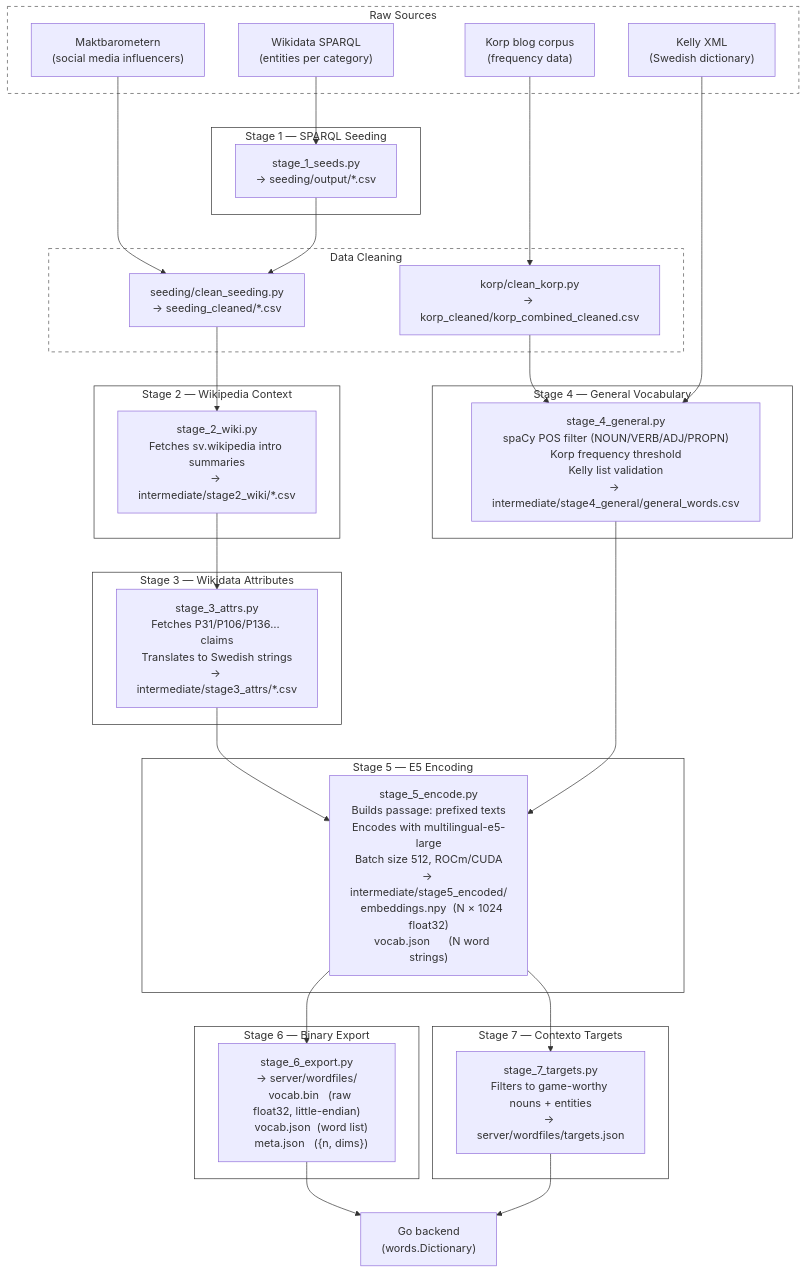
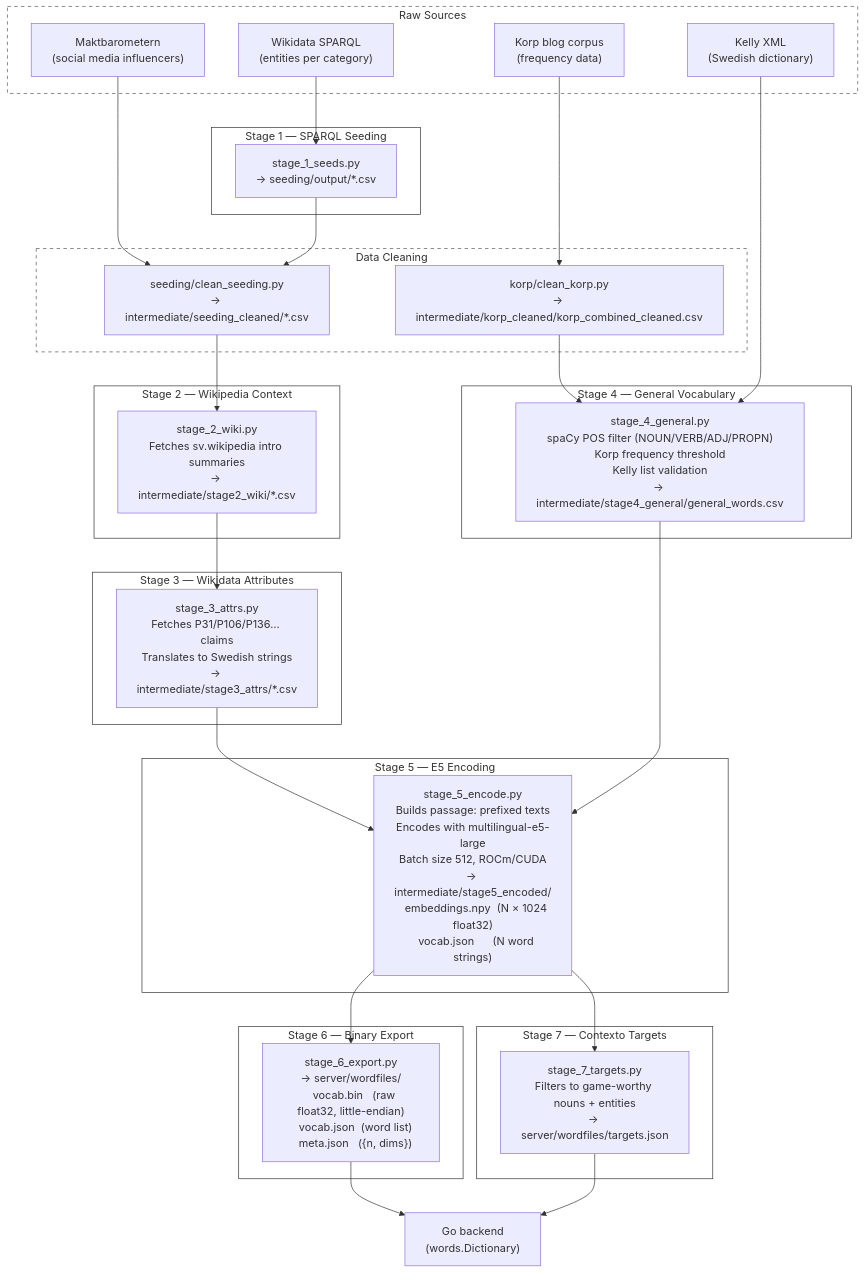
One commit to Skill-issue-coding/WordGame---TDDD27-Project changed the diagram in preprocessing/README.md. Above: the diagram before and after it, drawn with Mermaid. The commit also changed other lines of this file and 11 other files, not shown here.

````diff
--- a/preprocessing/README.md
+++ b/preprocessing/README.md
@@ -73,67 +73,67 @@
 ```mermaid
 flowchart TD
     subgraph RAW [Raw Sources]
         KORP["Korp blog corpus\n(frequency data)"]
         KELLY["Kelly XML\n(Swedish dictionary)"]
         SPARQL["Wikidata SPARQL\n(entities per category)"]
         MAKT["Maktbarometern\n(social media influencers)"]
     end
 
     subgraph CLEAN [Data Cleaning]
-        CK["korp/clean_korp.py\n→ korp_cleaned/korp_combined_cleaned.csv"]
-        CS["seeding/clean_seeding.py\n→ seeding_cleaned/*.csv"]
+        CK["korp/clean_korp.py\n→ intermediate/korp_cleaned/korp_combined_cleaned.csv"]
+        CS["seeding/clean_seeding.py\n→ intermediate/seeding_cleaned/*.csv"]
     end
 
     subgraph STAGE1 [Stage 1 — SPARQL Seeding]
         S1["stage_1_seeds.py\n→ seeding/output/*.csv"]
     end
 
     subgraph STAGE2 [Stage 2 — Wikipedia Context]
         S2["stage_2_wiki.py\nFetches sv.wikipedia intro summaries\n→ intermediate/stage2_wiki/*.csv"]
     end
 
     subgraph STAGE3 [Stage 3 — Wikidata Attributes]
         S3["stage_3_attrs.py\nFetches P31/P106/P136… claims\nTranslates to Swedish strings\n→ intermediate/stage3_attrs/*.csv"]
     end
 
     subgraph STAGE4 [Stage 4 — General Vocabulary]
         S4["stage_4_general.py\nspaCy POS filter (NOUN/VERB/ADJ/PROPN)\nKorp frequency threshold\nKelly list validation\n→ intermediate/stage4_general/general_words.csv"]
     end
 
     subgraph STAGE5 [Stage 5 — E5 Encoding]
         S5["stage_5_encode.py\nBuilds passage: prefixed texts\nEncodes with multilingual-e5-large\nBatch size 512, ROCm/CUDA\n→ intermediate/stage5_encoded/\n   embeddings.npy  (N × 1024 float32)\n   vocab.json      (N word strings)"]
     end
 
     subgraph STAGE6 [Stage 6 — Binary Export]
         S6["stage_6_export.py\n→ server/wordfiles/\n   vocab.bin   (raw float32, little-endian)\n   vocab.json  (word list)\n   meta.json   ({n, dims})"]
     end
 
     subgraph STAGE7 [Stage 7 — Contexto Targets]
         S7["stage_7_targets.py\nFilters to game-worthy nouns + entities\n→ server/wordfiles/targets.json"]
     end
 
     KORP --> CK
     SPARQL --> S1
     MAKT --> CS
     S1 --> CS
     CS --> S2
     CK --> S4
     KELLY --> S4
     S2 --> S3
     S3 --> S5
     S4 --> S5
     S5 --> S6
     S5 --> S7
     S6 --> GO["Go backend\n(words.Dictionary)"]
     S7 --> GO
 
     style RAW fill:transparent,stroke:#555,stroke-dasharray:5 5
     style CLEAN fill:transparent,stroke:#555,stroke-dasharray:5 5
     style STAGE1 fill:transparent,stroke:#333
     style STAGE2 fill:transparent,stroke:#333
     style STAGE3 fill:transparent,stroke:#333
     style STAGE4 fill:transparent,stroke:#333
     style STAGE5 fill:transparent,stroke:#333
     style STAGE6 fill:transparent,stroke:#333
     style STAGE7 fill:transparent,stroke:#333
 ```
````
